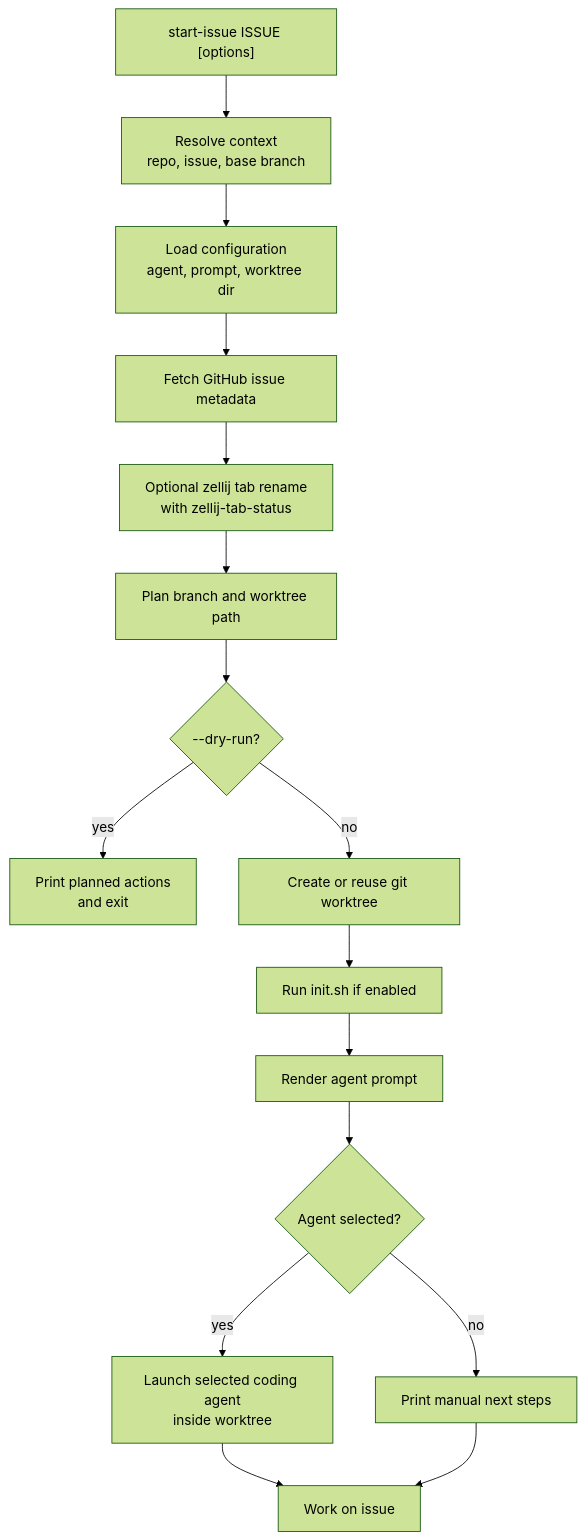
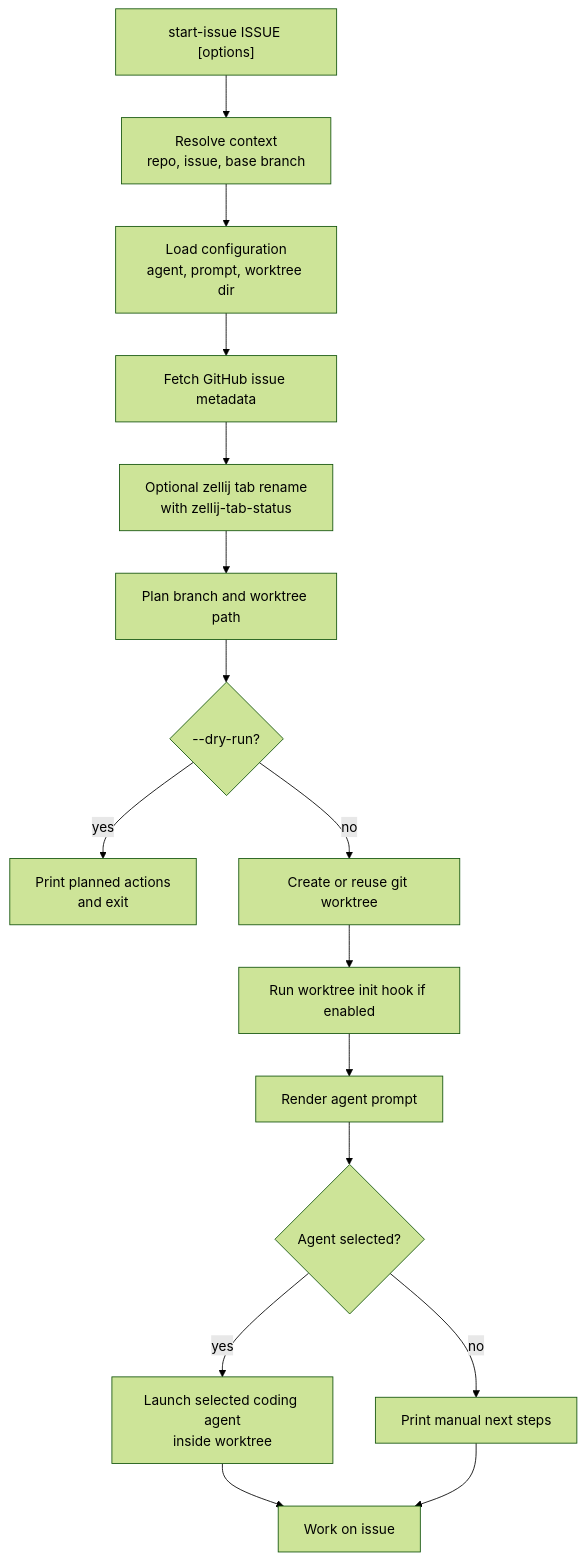
Before and after one commit to dapi/start-issue: the diagram in README.md, drawn with Mermaid (forest theme). The commit also changed other lines of this file and 72 other files, not shown here.

````diff
--- a/README.md
+++ b/README.md
@@ -101,22 +82,22 @@
 ```mermaid
 flowchart TD
     A["start-issue ISSUE [options]"] --> B["Resolve context<br/>repo, issue, base branch"]
     B --> C["Load configuration<br/>agent, prompt, worktree dir"]
     C --> D["Fetch GitHub issue metadata"]
     D --> Z["Optional zellij tab rename<br/>with zellij-tab-status"]
     Z --> E["Plan branch and worktree path"]
     E --> F{"--dry-run?"}
 
     F -- yes --> G["Print planned actions<br/>and exit"]
     F -- no --> H["Create or reuse git worktree"]
 
-    H --> I["Run init.sh if enabled"]
+    H --> I["Run worktree init hook if enabled"]
     I --> J["Render agent prompt"]
     J --> K{"Agent selected?"}
 
     K -- yes --> L["Launch selected coding agent<br/>inside worktree"]
     K -- no --> M["Print manual next steps"]
 
     L --> N["Work on issue"]
     M --> N
 ```
````
